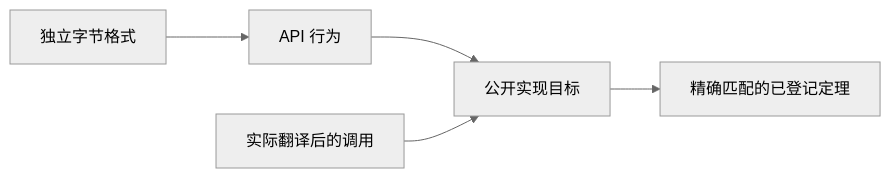
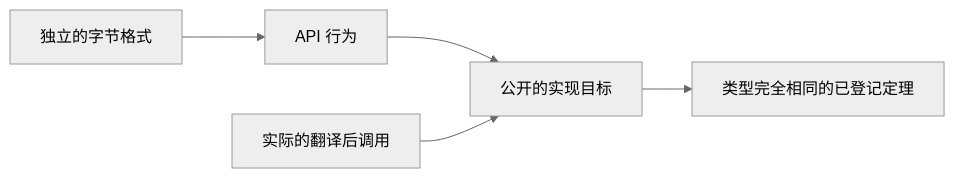
One commit to cla7aye15I4nd/oss-proof changed the diagram in docs/checking/contract-review.zh.md. Above: the diagram before and after it, drawn with Mermaid (neutral theme). The commit also changed other lines of this file and 2 other files, not shown here.

````diff
--- a/docs/checking/contract-review.zh.md
+++ b/docs/checking/contract-review.zh.md
@@ -30,7 +30,7 @@
 ```mermaid
 flowchart LR
-    F["独立字节格式"] --> A["API 行为"]
-    A --> P["公开实现目标"]
-    C["实际翻译后的调用"] --> P
-    P --> T["精确匹配的已登记定理"]
+    F["独立的字节格式"] --> A["API 行为"]
+    A --> P["公开的实现目标"]
+    C["实际的翻译后调用"] --> P
+    P --> T["类型完全相同的已登记定理"]
 ```
````
